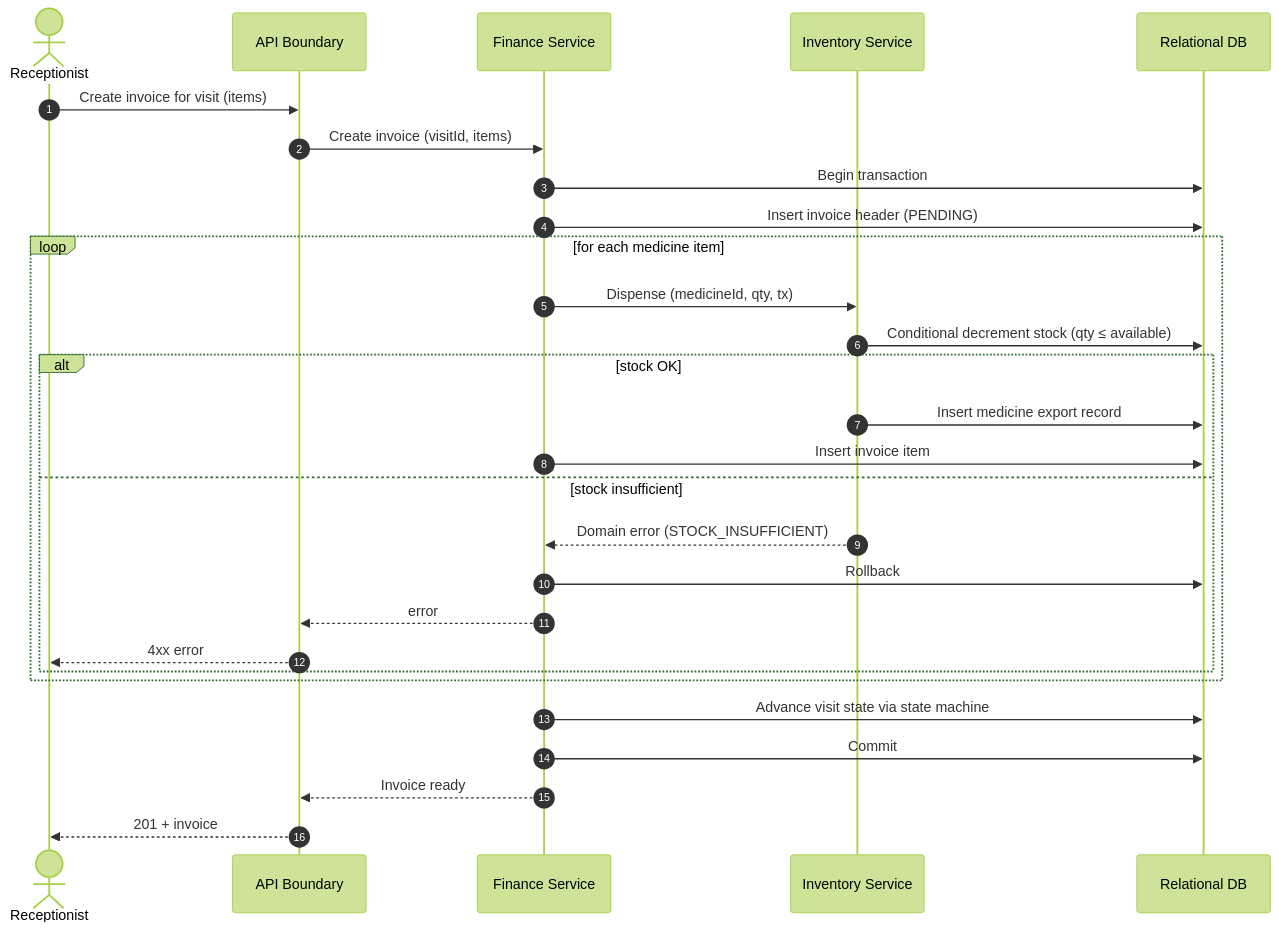
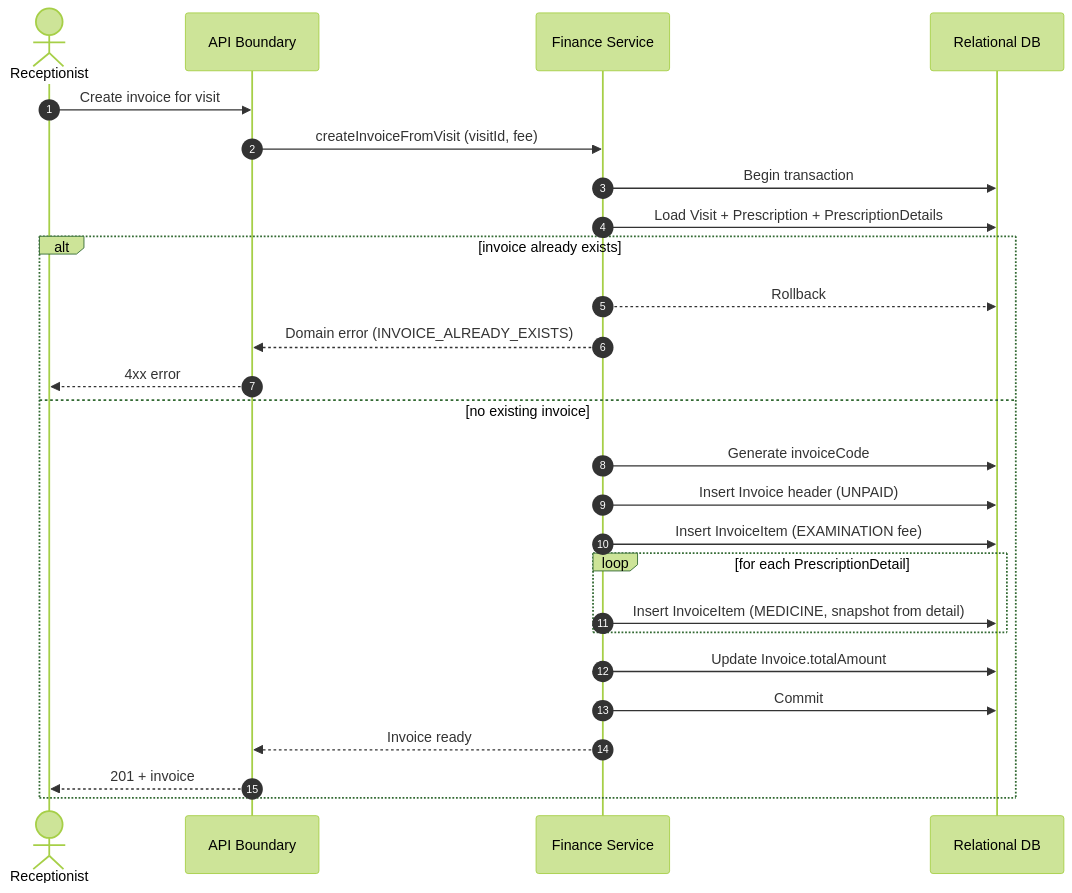
One commit to MinhThienNguyen040905/SE356---He-thong-phong-kham changed the seventh of 12 diagrams in Docs/ADD.md. Above: the diagram before and after it, drawn with Mermaid (forest theme). The commit also changed other lines of this file and 6 other files, not shown here.

````diff
--- a/Docs/ADD.md
+++ b/Docs/ADD.md
@@ -678,31 +715,29 @@
 ```mermaid
 sequenceDiagram
     autonumber
     actor R as Receptionist
     participant API as API Boundary
     participant FIN as Finance Service
-    participant INV as Inventory Service
     participant DB as Relational DB
 
-    R->>API: Create invoice for visit (items)
-    API->>FIN: Create invoice (visitId, items)
+    R->>API: Create invoice for visit
+    API->>FIN: createInvoiceFromVisit (visitId, fee)
     FIN->>DB: Begin transaction
-    FIN->>DB: Insert invoice header (PENDING)
-    loop for each medicine item
-        FIN->>INV: Dispense (medicineId, qty, tx)
-        INV->>DB: Conditional decrement stock (qty ≤ available)
-        alt stock OK
-            INV->>DB: Insert medicine export record
-            FIN->>DB: Insert invoice item
-        else stock insufficient
-            INV-->>FIN: Domain error (STOCK_INSUFFICIENT)
-            FIN->>DB: Rollback
-            FIN-->>API: error
-            API-->>R: 4xx error
+    FIN->>DB: Load Visit + Prescription + PrescriptionDetails
+    alt invoice already exists
+        FIN-->>DB: Rollback
+        FIN-->>API: Domain error (INVOICE_ALREADY_EXISTS)
+        API-->>R: 4xx error
+    else no existing invoice
+        FIN->>DB: Generate invoiceCode
+        FIN->>DB: Insert Invoice header (UNPAID)
+        FIN->>DB: Insert InvoiceItem (EXAMINATION fee)
+        loop for each PrescriptionDetail
+            FIN->>DB: Insert InvoiceItem (MEDICINE, snapshot from detail)
         end
+        FIN->>DB: Update Invoice.totalAmount
+        FIN->>DB: Commit
+        FIN-->>API: Invoice ready
+        API-->>R: 201 + invoice
     end
-    FIN->>DB: Advance visit state via state machine
-    FIN->>DB: Commit
-    FIN-->>API: Invoice ready
-    API-->>R: 201 + invoice
 ```
````
